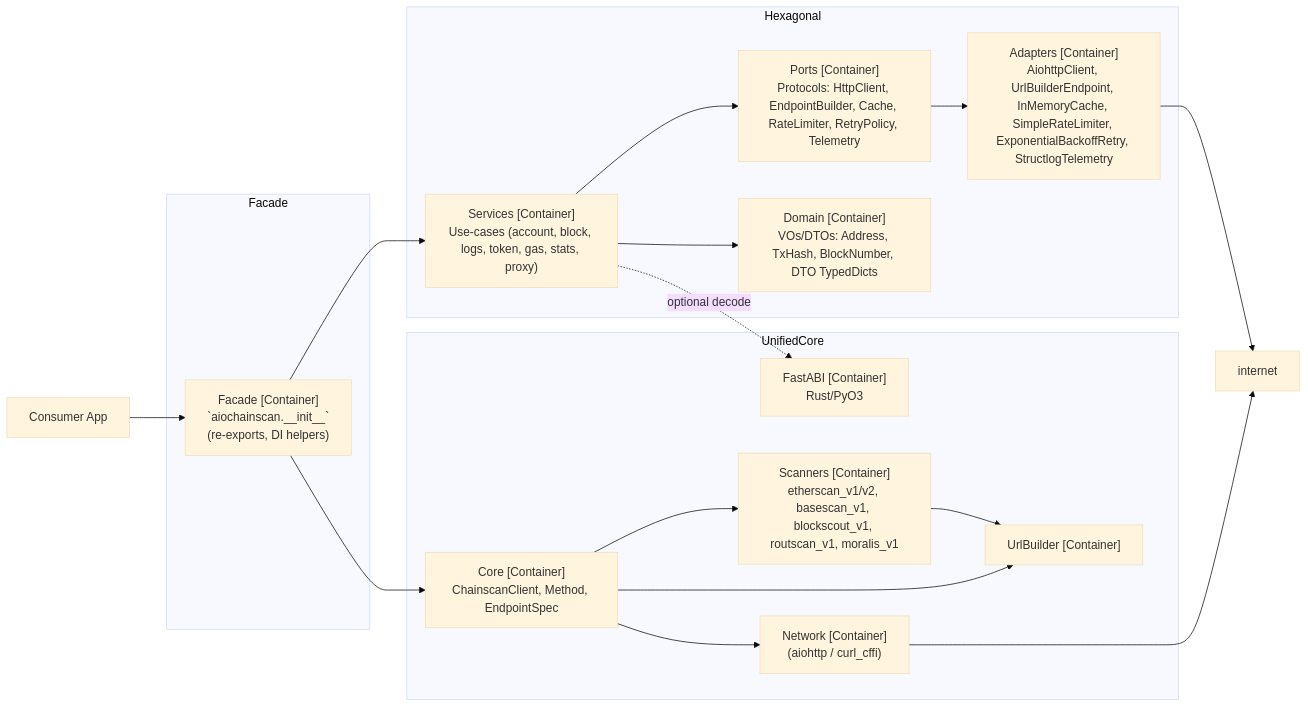
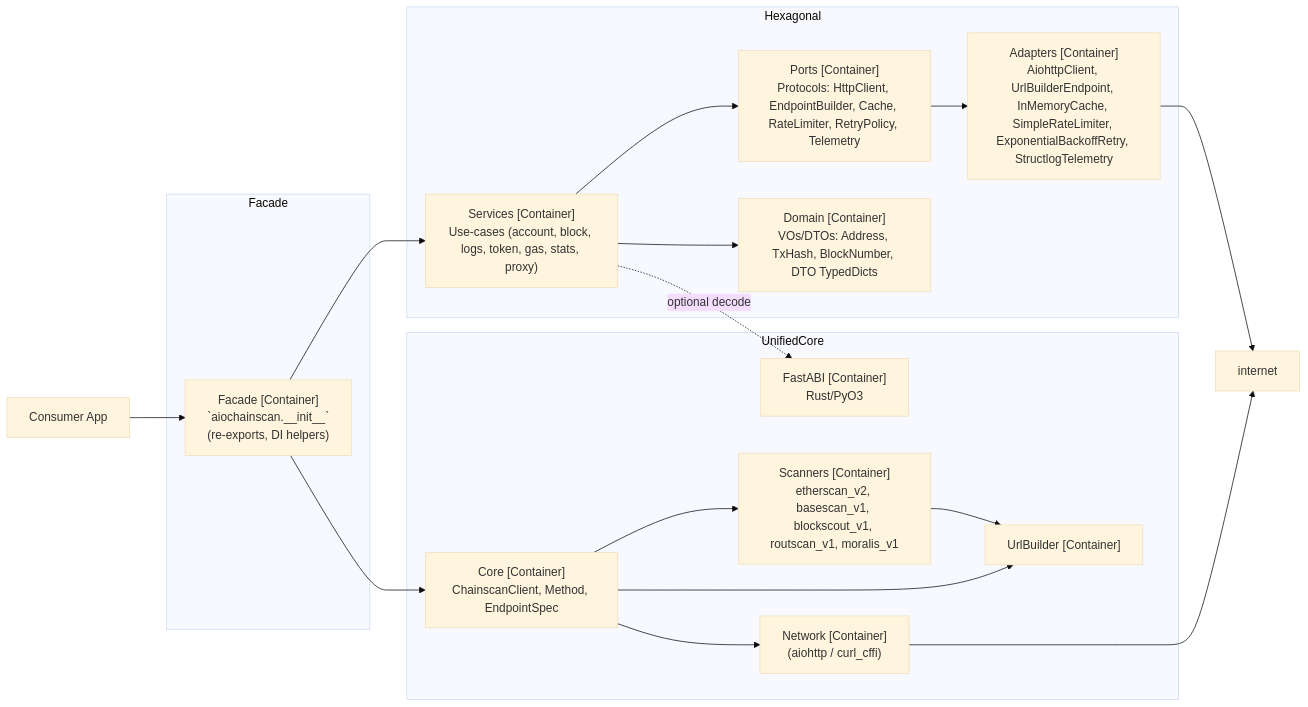
Before and after one commit to VaitaR/aiochainscan: the second of 3 diagrams in instructions.md, drawn with Mermaid (base theme). The commit also changed other lines of this file and 18 other files, not shown here.

````diff
--- a/instructions.md
+++ b/instructions.md
@@ -856,35 +851,35 @@
 ```mermaid
 graph LR
   subgraph Facade
     facade["Facade [Container]\n`aiochainscan.__init__`\n(re-exports, DI helpers)"]
   end
 
   subgraph Hexagonal
     services["Services [Container]\nUse-cases (account, block, logs, token, gas, stats, proxy)"]
     ports["Ports [Container]\nProtocols: HttpClient, EndpointBuilder, Cache, RateLimiter, RetryPolicy, Telemetry"]
     adapters["Adapters [Container]\nAiohttpClient, UrlBuilderEndpoint, InMemoryCache, SimpleRateLimiter, ExponentialBackoffRetry, StructlogTelemetry"]
     domain["Domain [Container]\nVOs/DTOs: Address, TxHash, BlockNumber, DTO TypedDicts"]
   end
 
   subgraph UnifiedCore
     core["Core [Container]\nChainscanClient, Method, EndpointSpec"]
-    scanners["Scanners [Container]\netherscan_v1/v2, basescan_v1, blockscout_v1, routscan_v1, moralis_v1"]
+    scanners["Scanners [Container]\netherscan_v2, basescan_v1, blockscout_v1, routscan_v1, moralis_v1"]
     urlb["UrlBuilder [Container]"]
     net["Network [Container]\n(aiohttp / curl_cffi)"]
     fastabi["FastABI [Container]\nRust/PyO3"]
   end
 
   userApp["Consumer App"] --> facade
   facade --> services
   facade --> core
   services --> ports
   ports --> adapters
   services --> domain
   core --> scanners
   scanners --> urlb
   core --> urlb
   core --> net
   services -. optional decode .-> fastabi
   adapters --> internet
   net --> internet
 ```
````
